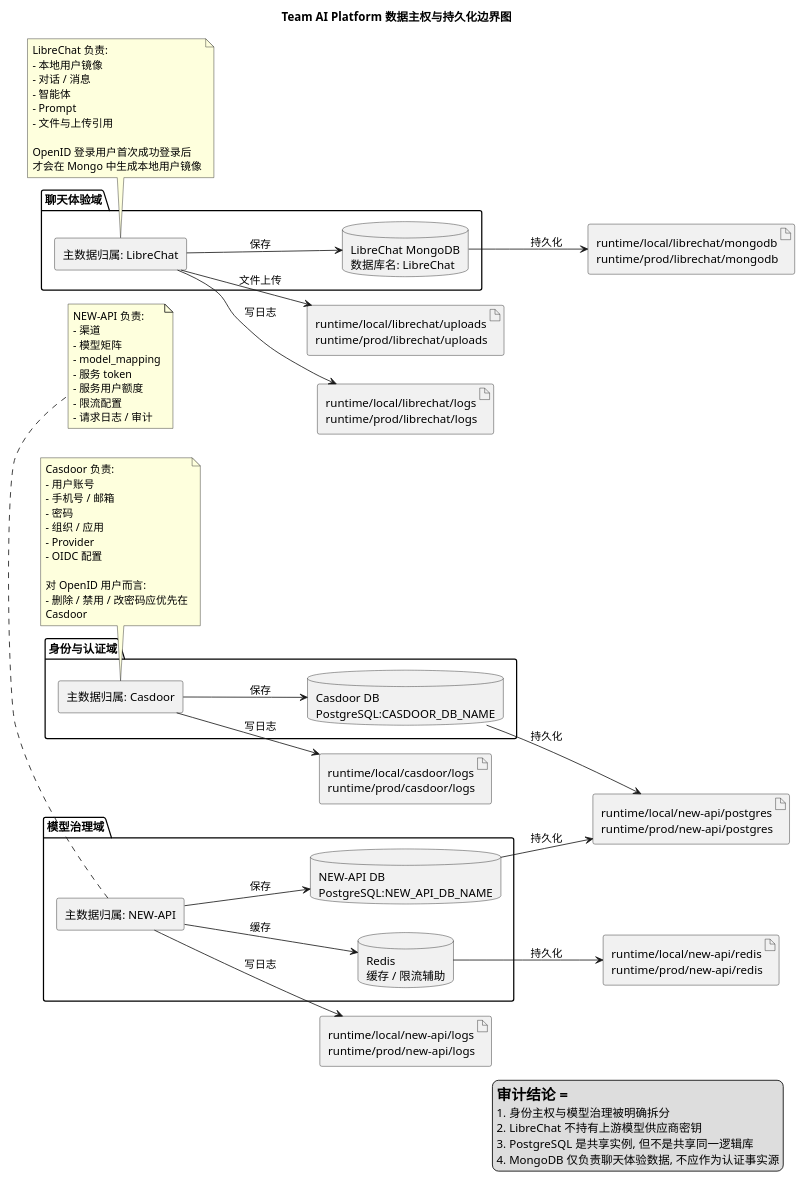
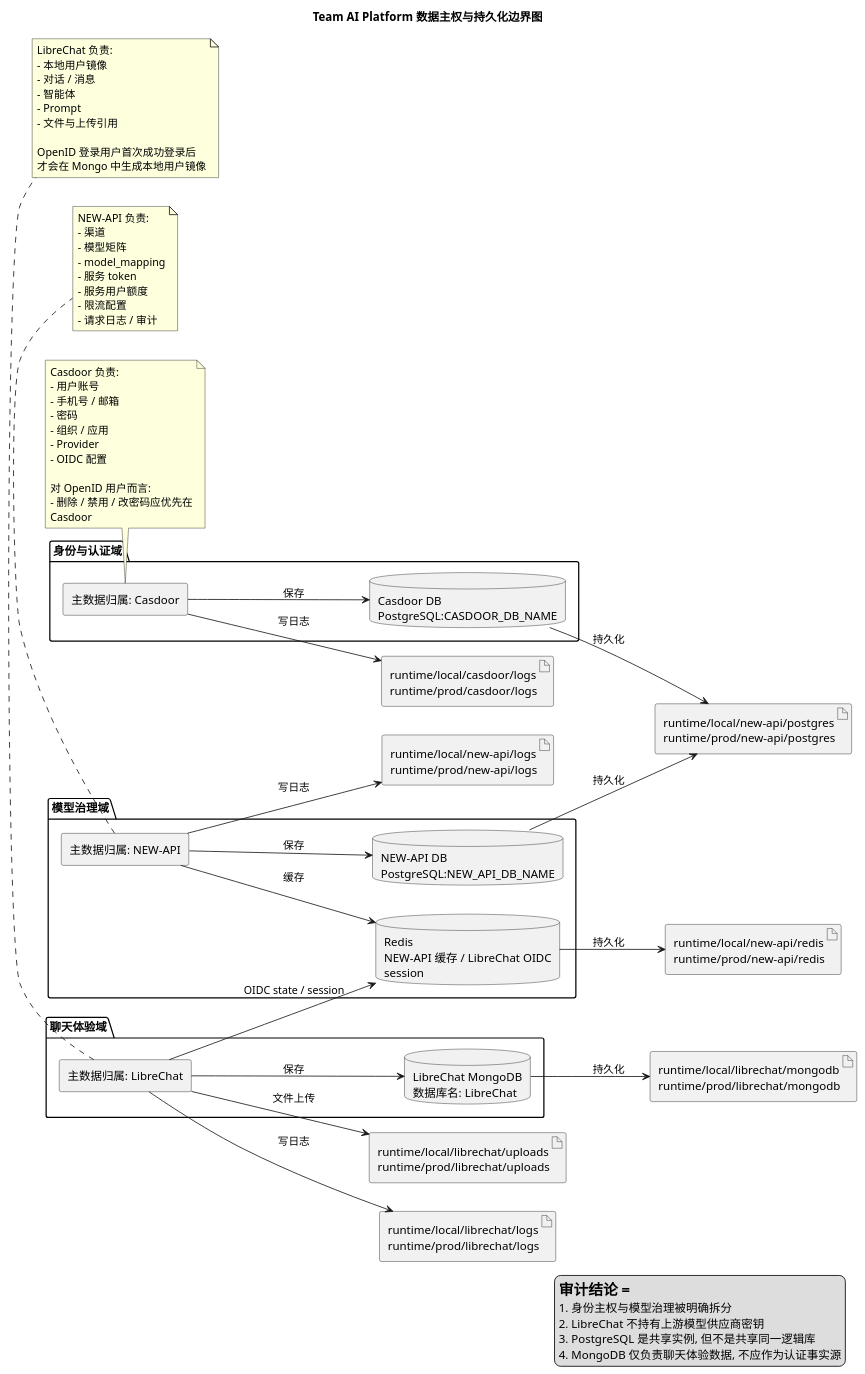
One commit to liguiqi/Team-AI-Platform changed the diagram in docs/architecture/puml/20260422_162931_data_ownership_and_persistence_boundary.puml. Above: the diagram before and after it, drawn with PlantUML. The commit also changed 34 other files, not shown here.

First line of the commit message:
feat: stabilize auth flow and refresh docs

```diff
--- a/docs/architecture/puml/20260422_162931_data_ownership_and_persistence_boundary.puml
+++ b/docs/architecture/puml/20260422_162931_data_ownership_and_persistence_boundary.puml
@@ -1,94 +1,95 @@
 @startuml
 title Team AI Platform 数据主权与持久化边界图
 
 left to right direction
 skinparam shadowing false
 skinparam componentStyle rectangle
 skinparam wrapWidth 220
 skinparam maxMessageSize 180
 
 package "身份与认证域" {
   database "Casdoor DB\nPostgreSQL:CASDOOR_DB_NAME" as CasDB2
   rectangle "主数据归属: Casdoor" as CasOwner
 }
 
 package "模型治理域" {
   database "NEW-API DB\nPostgreSQL:NEW_API_DB_NAME" as NewApiDB2
-  database "Redis\n缓存 / 限流辅助" as Redis2
+  database "Redis\nNEW-API 缓存 / LibreChat OIDC session" as Redis2
   rectangle "主数据归属: NEW-API" as NewApiOwner
 }
 
 package "聊天体验域" {
   database "LibreChat MongoDB\n数据库名: LibreChat" as Mongo2
   rectangle "主数据归属: LibreChat" as LibreOwner
 }
 
 artifact "runtime/local/new-api/postgres\nruntime/prod/new-api/postgres" as PgVolume
 artifact "runtime/local/new-api/redis\nruntime/prod/new-api/redis" as RedisVolume
 artifact "runtime/local/librechat/mongodb\nruntime/prod/librechat/mongodb" as MongoVolume
 artifact "runtime/local/librechat/uploads\nruntime/prod/librechat/uploads" as UploadVolume
 artifact "runtime/local/casdoor/logs\nruntime/prod/casdoor/logs" as CasLogs
 artifact "runtime/local/new-api/logs\nruntime/prod/new-api/logs" as NewApiLogs
 artifact "runtime/local/librechat/logs\nruntime/prod/librechat/logs" as LibreLogs
 
 CasOwner --> CasDB2 : 保存
 CasOwner --> CasLogs : 写日志
 
 NewApiOwner --> NewApiDB2 : 保存
 NewApiOwner --> Redis2 : 缓存
 NewApiOwner --> NewApiLogs : 写日志
 
 LibreOwner --> Mongo2 : 保存
+LibreOwner --> Redis2 : OIDC state / session
 LibreOwner --> UploadVolume : 文件上传
 LibreOwner --> LibreLogs : 写日志
 
 CasDB2 --> PgVolume : 持久化
 NewApiDB2 --> PgVolume : 持久化
 Redis2 --> RedisVolume : 持久化
 Mongo2 --> MongoVolume : 持久化
 
 note bottom of CasOwner
 Casdoor 负责:
 - 用户账号
 - 手机号 / 邮箱
 - 密码
 - 组织 / 应用
 - Provider
 - OIDC 配置
 
 对 OpenID 用户而言:
 - 删除 / 禁用 / 改密码应优先在 Casdoor
 end note
 
 note bottom of NewApiOwner
 NEW-API 负责:
 - 渠道
 - 模型矩阵
 - model_mapping
 - 服务 token
 - 服务用户额度
 - 限流配置
 - 请求日志 / 审计
 end note
 
 note bottom of LibreOwner
 LibreChat 负责:
 - 本地用户镜像
 - 对话 / 消息
 - 智能体
 - Prompt
 - 文件与上传引用
 
 OpenID 登录用户首次成功登录后
 才会在 Mongo 中生成本地用户镜像
 end note
 
 legend right
 = 审计结论 =
 1. 身份主权与模型治理被明确拆分
 2. LibreChat 不持有上游模型供应商密钥
 3. PostgreSQL 是共享实例, 但不是共享同一逻辑库
 4. MongoDB 仅负责聊天体验数据, 不应作为认证事实源
 endlegend
 
 @enduml
```
